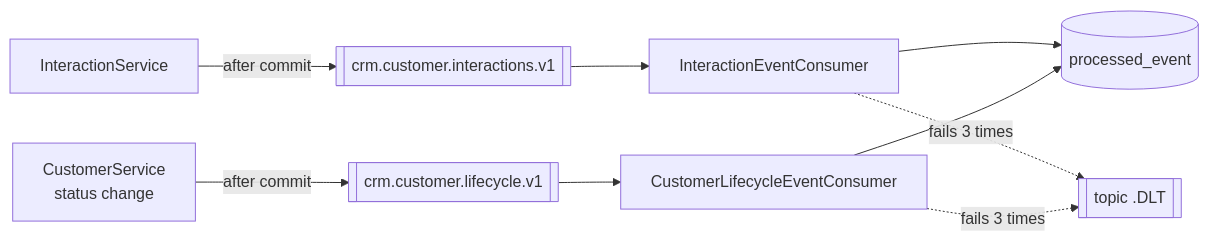
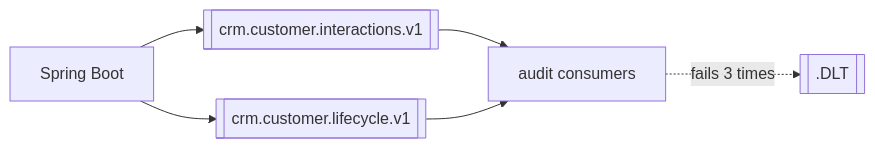
One commit to WillCraig/CapstoneProjectBoot changed the second of 3 diagrams in docs/architecture.md. Above: the diagram before and after it, drawn with Mermaid. The commit also changed other lines of this file and 19 other files, not shown here.

````diff
--- a/docs/architecture.md
+++ b/docs/architecture.md
@@ -61,11 +46,8 @@
 ```mermaid
 flowchart LR
-  IS["InteractionService"] -->|"after commit"| T1[["crm.customer.interactions.v1"]]
-  CS["CustomerService<br/>status change"] -->|"after commit"| T2[["crm.customer.lifecycle.v1"]]
-  T1 --> C1["InteractionEventConsumer"]
-  T2 --> C2["CustomerLifecycleEventConsumer"]
-  C1 --> PE[("processed_event")]
-  C2 --> PE
-  C1 -.->|"fails 3 times"| DLT[["topic .DLT"]]
-  C2 -.->|"fails 3 times"| DLT
+  API["Spring Boot"] --> T1[["crm.customer.interactions.v1"]]
+  API --> T2[["crm.customer.lifecycle.v1"]]
+  T1 --> C["audit consumers"]
+  T2 --> C
+  C -.->|"fails 3 times"| DLT[[".DLT"]]
 ```
````
